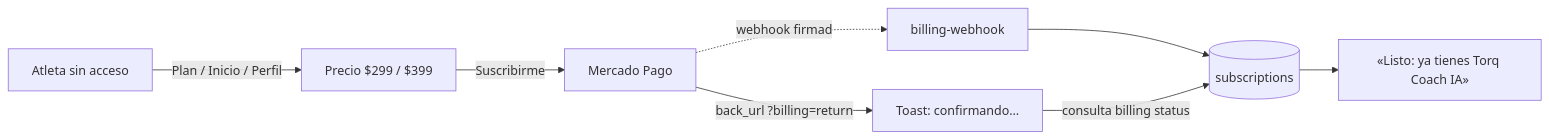
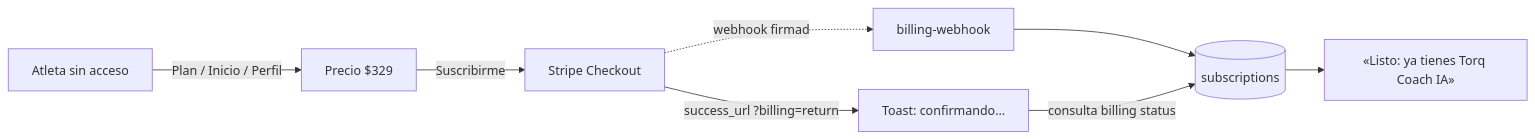
Before and after one commit to TheDiegoFrade/cycling_app: the first of 2 diagrams in docs/cobro-y-registro.md, drawn with Mermaid. The commit also changed other lines of this file and 1 other file, not shown here.

First line of the commit message:
Docs: cobro con Stripe en cobro-y-registro.md y notas de implementación

````diff
--- a/docs/cobro-y-registro.md
+++ b/docs/cobro-y-registro.md
@@ -35,10 +38,10 @@
 ```mermaid
 flowchart LR
-  A[Atleta sin acceso] -->|Plan / Inicio / Perfil| P[Precio $299 / $399]
-  P -->|Suscribirme| MP[Mercado Pago]
-  MP -->|back_url ?billing=return| T[Toast: confirmando…]
+  A[Atleta sin acceso] -->|Plan / Inicio / Perfil| P[Precio $329]
+  P -->|Suscribirme| MP[Stripe Checkout]
+  MP -->|success_url ?billing=return| T[Toast: confirmando…]
   MP -.webhook firmado.-> W[billing-webhook]
   W --> S[(subscriptions)]
   T -->|consulta billing status| S
   S --> OK[«Listo: ya tienes Torq Coach IA»]
 ```
````
